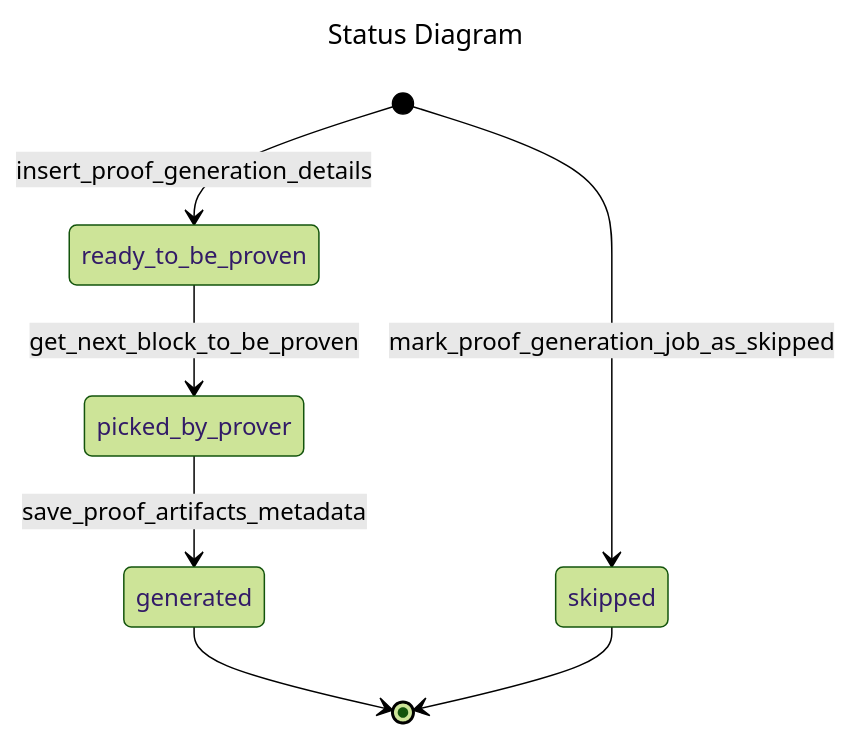
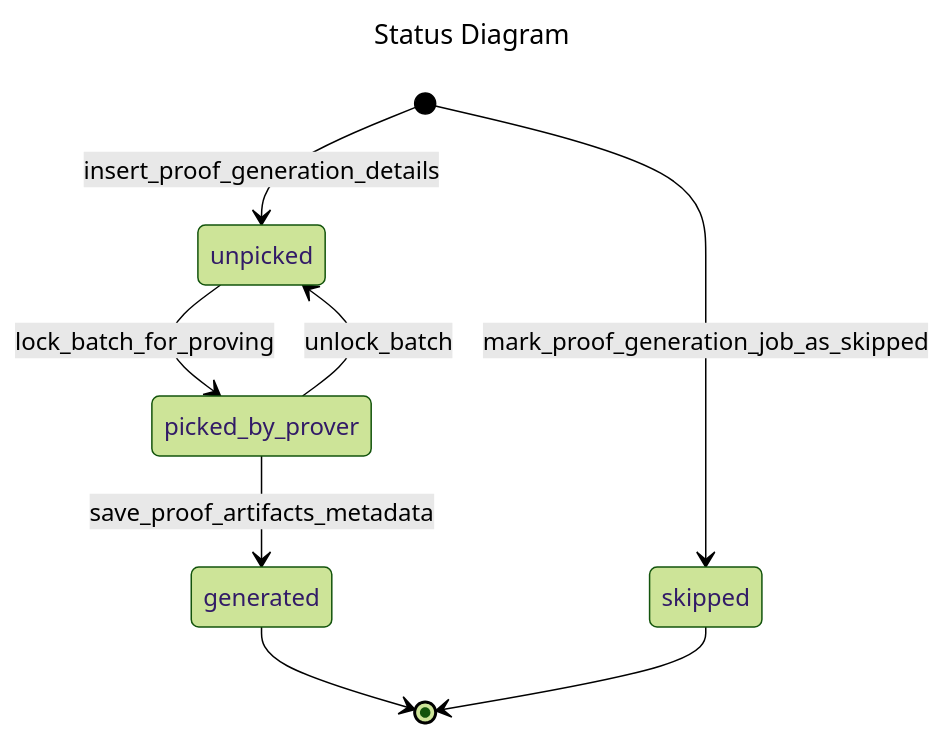
Before and after one commit to matter-labs/zksync-era: the diagram in core/lib/dal/doc/ProofGenerationDal.md, drawn with Mermaid (forest theme).

Commit message:
docs(dal): update ProofGenerationDal docs chart
It should have been updated as part of these 2 PRs:
- https://github.com/matter-labs/zksync-era/pull/2258
- https://github.com/matter-labs/zksync-era/pull/2486

````diff
--- a/core/lib/dal/doc/ProofGenerationDal.md
+++ b/core/lib/dal/doc/ProofGenerationDal.md
@@ -9,14 +9,15 @@
 ```mermaid
 ---
 title: Status Diagram
 ---
 stateDiagram-v2
-[*] --> ready_to_be_proven : insert_proof_generation_details
-ready_to_be_proven --> picked_by_prover : get_next_block_to_be_proven
+[*] --> unpicked : insert_proof_generation_details
+unpicked --> picked_by_prover : lock_batch_for_proving
 picked_by_prover --> generated : save_proof_artifacts_metadata
+picked_by_prover --> unpicked : unlock_batch
 generated --> [*]
 
 [*] --> skipped : mark_proof_generation_job_as_skipped
 skipped --> [*]
 
 ```
````
